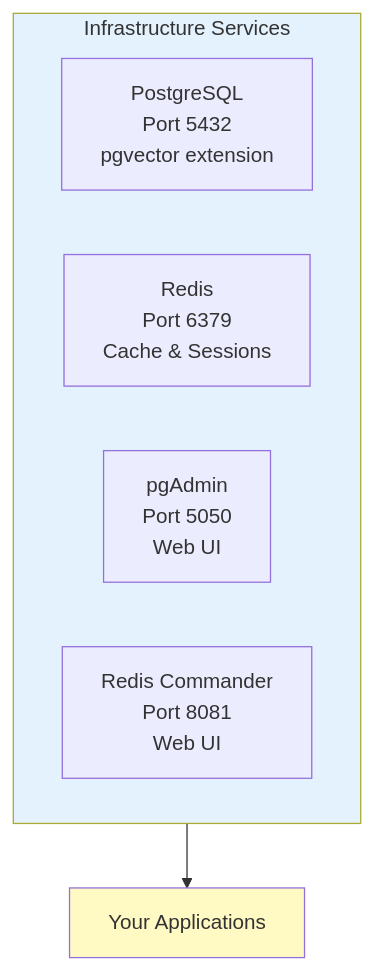
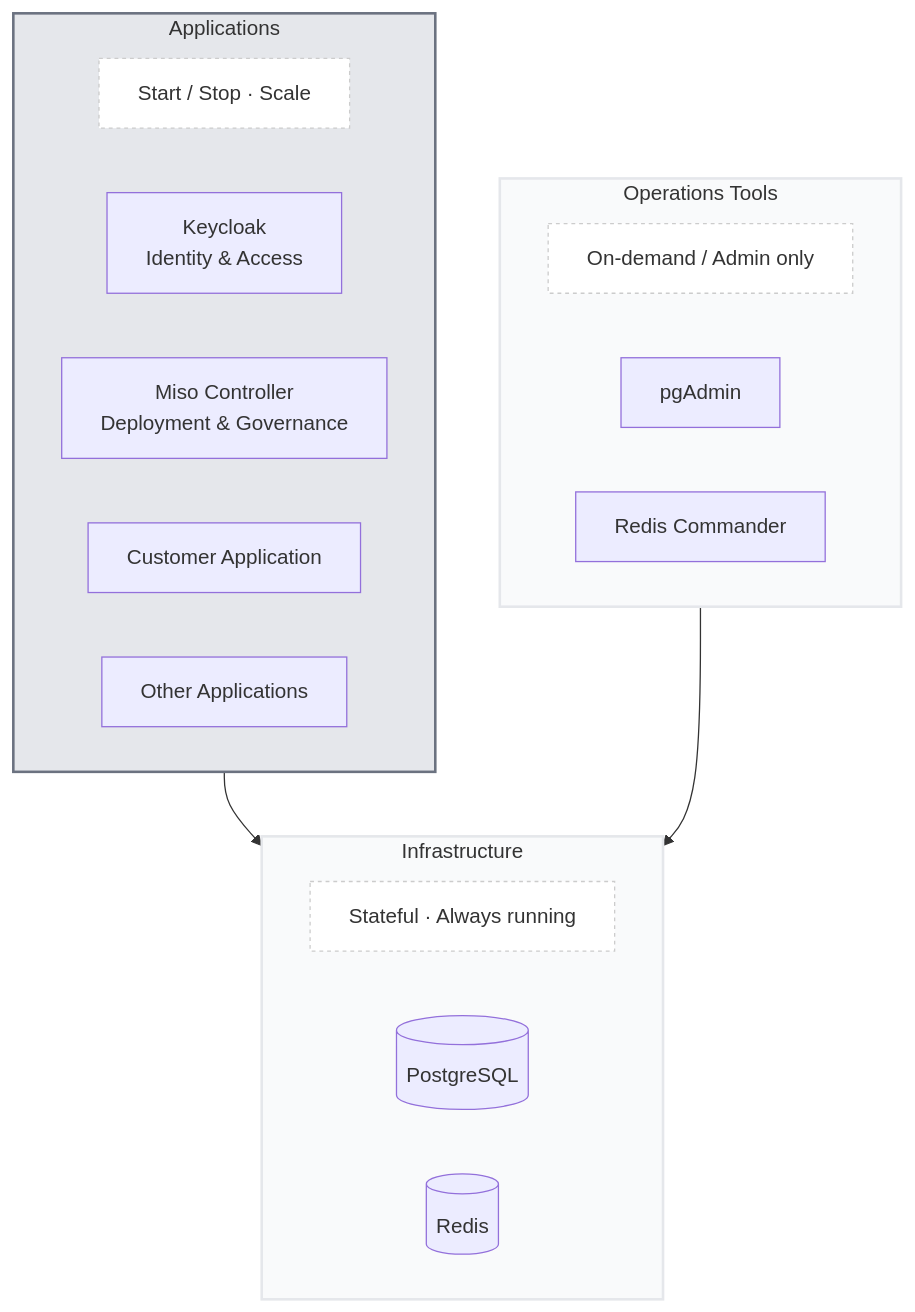
The first of 2 diagrams in docs/INFRASTRUCTURE.md (esystemsdev/aifabrix-builder), drawn with Mermaid before and after one commit. The commit also changed other lines of this file and 9 other files, not shown here.

````diff
--- a/docs/INFRASTRUCTURE.md
+++ b/docs/INFRASTRUCTURE.md
@@ -34,14 +34,32 @@
 ```mermaid
-graph TB
-    subgraph Infrastructure[Infrastructure Services]
-        Postgres[PostgreSQL<br/>Port 5432<br/>pgvector extension]
-        Redis[Redis<br/>Port 6379<br/>Cache & Sessions]
-        pgAdmin[pgAdmin<br/>Port 5050<br/>Web UI]
-        RedisCommander[Redis Commander<br/>Port 8081<br/>Web UI]
+ graph TB
+    subgraph Infrastructure["Infrastructure"]
+        InfraNote["Stateful · Always running"]
+        Postgres[(PostgreSQL)]
+        Redis[(Redis)]
     end
-    
-    Infrastructure --> Apps[Your Applications]
-    
-    style Infrastructure fill:#e3f2fd
-    style Apps fill:#fff9c4
+
+    subgraph OpsTools["Operations Tools"]
+        OpsNote["On-demand / Admin only"]
+        pgAdmin[pgAdmin]
+        RedisCommander[Redis Commander]
+    end
+
+    subgraph Applications["Applications"]
+        AppNote["Start / Stop · Scale"]
+        Keycloak[Keycloak<br/>Identity & Access]
+        MisoController[Miso Controller<br/>Deployment & Governance]
+        YourApp[Customer Application]
+        OtherApps[Other Applications]
+    end
+
+    Applications --> Infrastructure
+    OpsTools --> Infrastructure
+
+    style Infrastructure fill:#F9FAFB,stroke:#E5E7EB,stroke-width:2px
+    style Applications fill:#E5E7EB,stroke:#6B7280,stroke-width:2px
+    style OpsTools fill:#F9FAFB,stroke:#E5E7EB,stroke-width:2px
+    style InfraNote fill:#ffffff,stroke:#cccccc,stroke-dasharray: 3 3
+    style OpsNote fill:#ffffff,stroke:#cccccc,stroke-dasharray: 3 3
+    style AppNote fill:#ffffff,stroke:#cccccc,stroke-dasharray: 3 3
 ```
````
